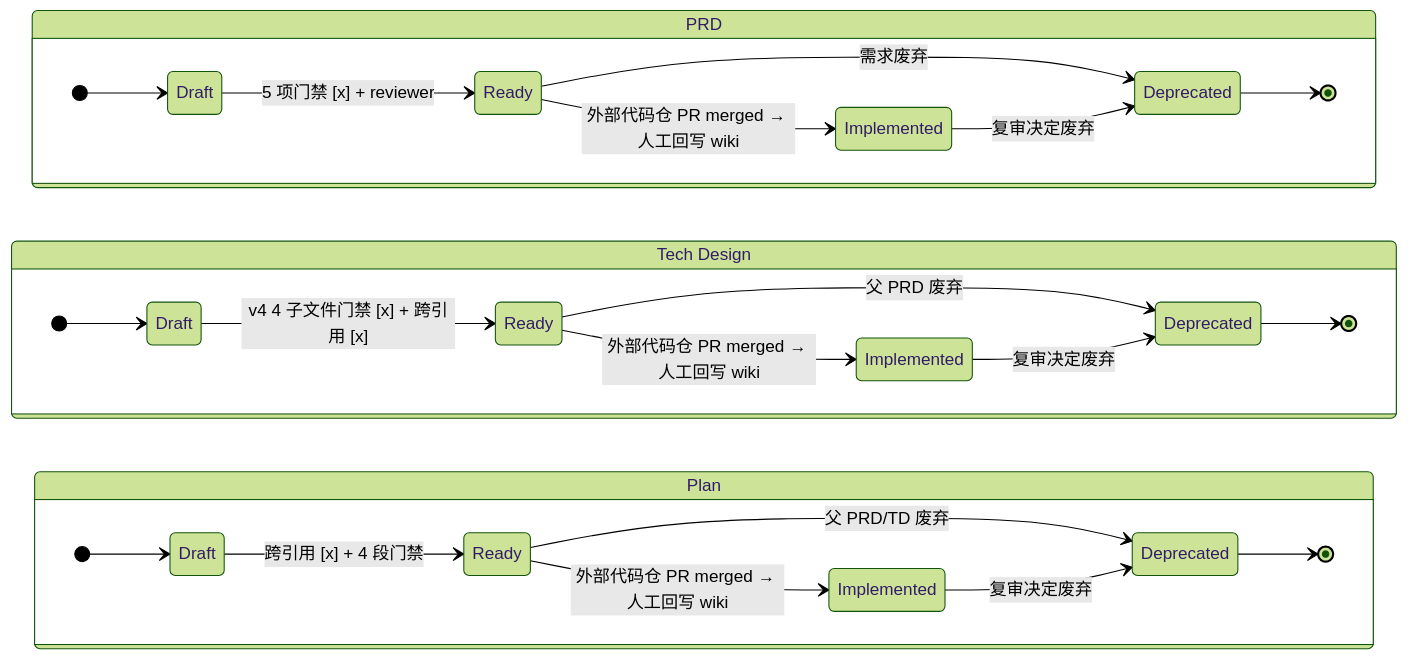
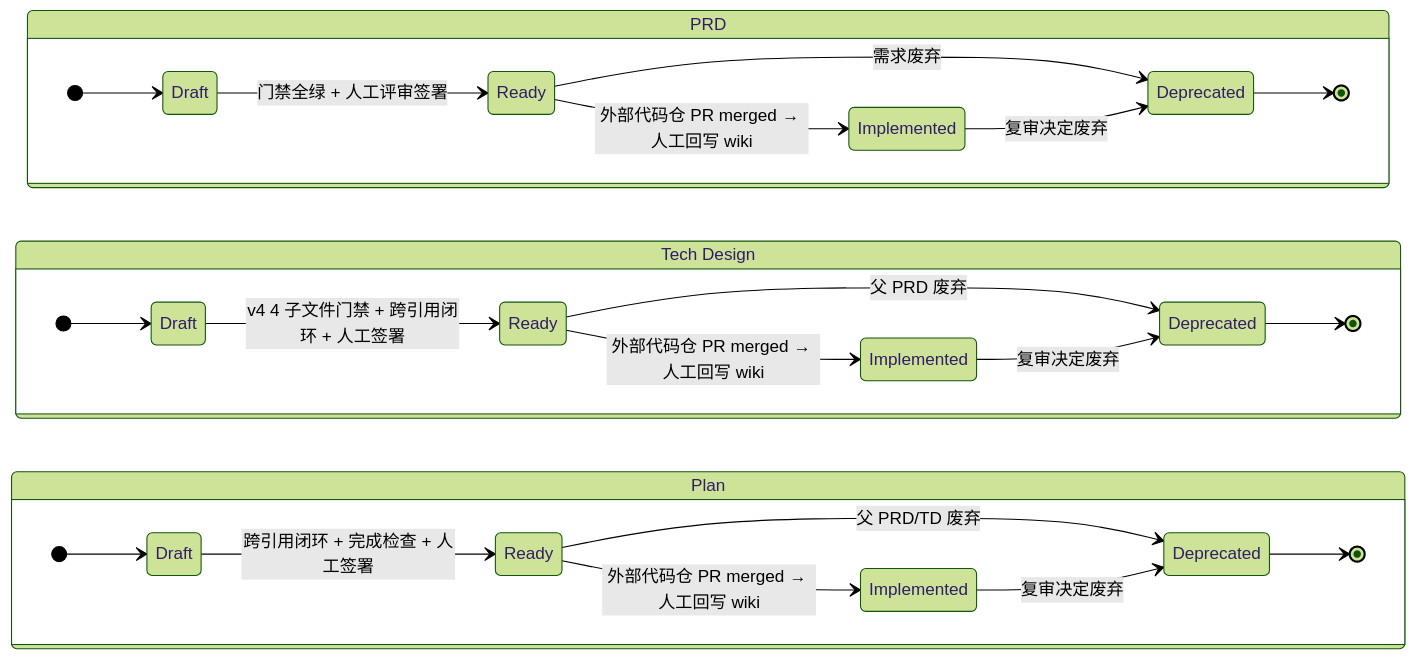
The first of 3 diagrams in HOW_TO_USE.md (vanpipy/SSD-Template), drawn with Mermaid (forest theme) before and after one commit. The commit also changed other lines of this file and 92 other files, not shown here.

````diff
--- a/HOW_TO_USE.md
+++ b/HOW_TO_USE.md
@@ -70,49 +76,49 @@
 ```mermaid
 stateDiagram-v2
     direction LR
 
     state "PRD" as prd {
         direction LR
         state "Draft" as p_d
         state "Ready" as p_r
         state "Implemented" as p_i
         state "Deprecated" as p_x
 
         [*] --> p_d
-        p_d --> p_r: 5 项门禁 [x] + reviewer
+        p_d --> p_r: 门禁全绿 + 人工评审签署
         p_r --> p_i: 外部代码仓 PR merged → 人工回写 wiki
         p_r --> p_x: 需求废弃
         p_i --> p_x: 复审决定废弃
         p_x --> [*]
     }
 
     state "Tech Design" as td {
         direction LR
         state "Draft" as t_d
         state "Ready" as t_r
         state "Implemented" as t_i
         state "Deprecated" as t_x
 
         [*] --> t_d
-        t_d --> t_r: v4 4 子文件门禁 [x] + 跨引用 [x]
+        t_d --> t_r: v4 4 子文件门禁 + 跨引用闭环 + 人工签署
         t_r --> t_i: 外部代码仓 PR merged → 人工回写 wiki
         t_r --> t_x: 父 PRD 废弃
         t_i --> t_x: 复审决定废弃
         t_x --> [*]
     }
 
     state "Plan" as pl {
         direction LR
         state "Draft" as pl_d
         state "Ready" as pl_r
         state "Implemented" as pl_i
         state "Deprecated" as pl_x
 
         [*] --> pl_d
-        pl_d --> pl_r: 跨引用 [x] + 4 段门禁
+        pl_d --> pl_r: 跨引用闭环 + 完成检查 + 人工签署
         pl_r --> pl_i: 外部代码仓 PR merged → 人工回写 wiki
         pl_r --> pl_x: 父 PRD/TD 废弃
         pl_i --> pl_x: 复审决定废弃
         pl_x --> [*]
     }
 ```
````
